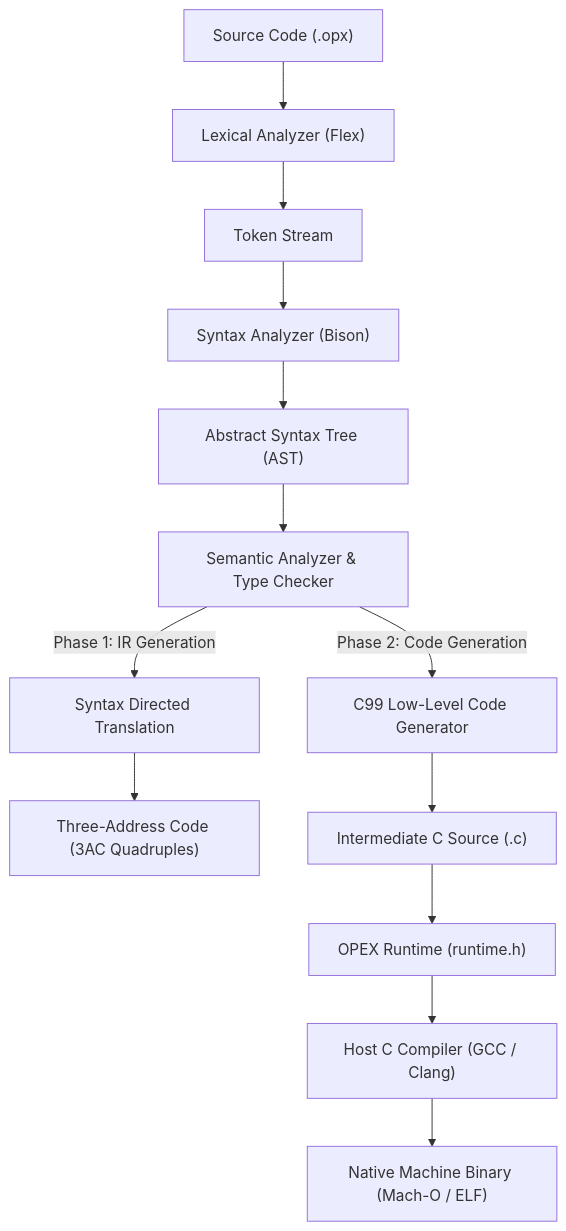
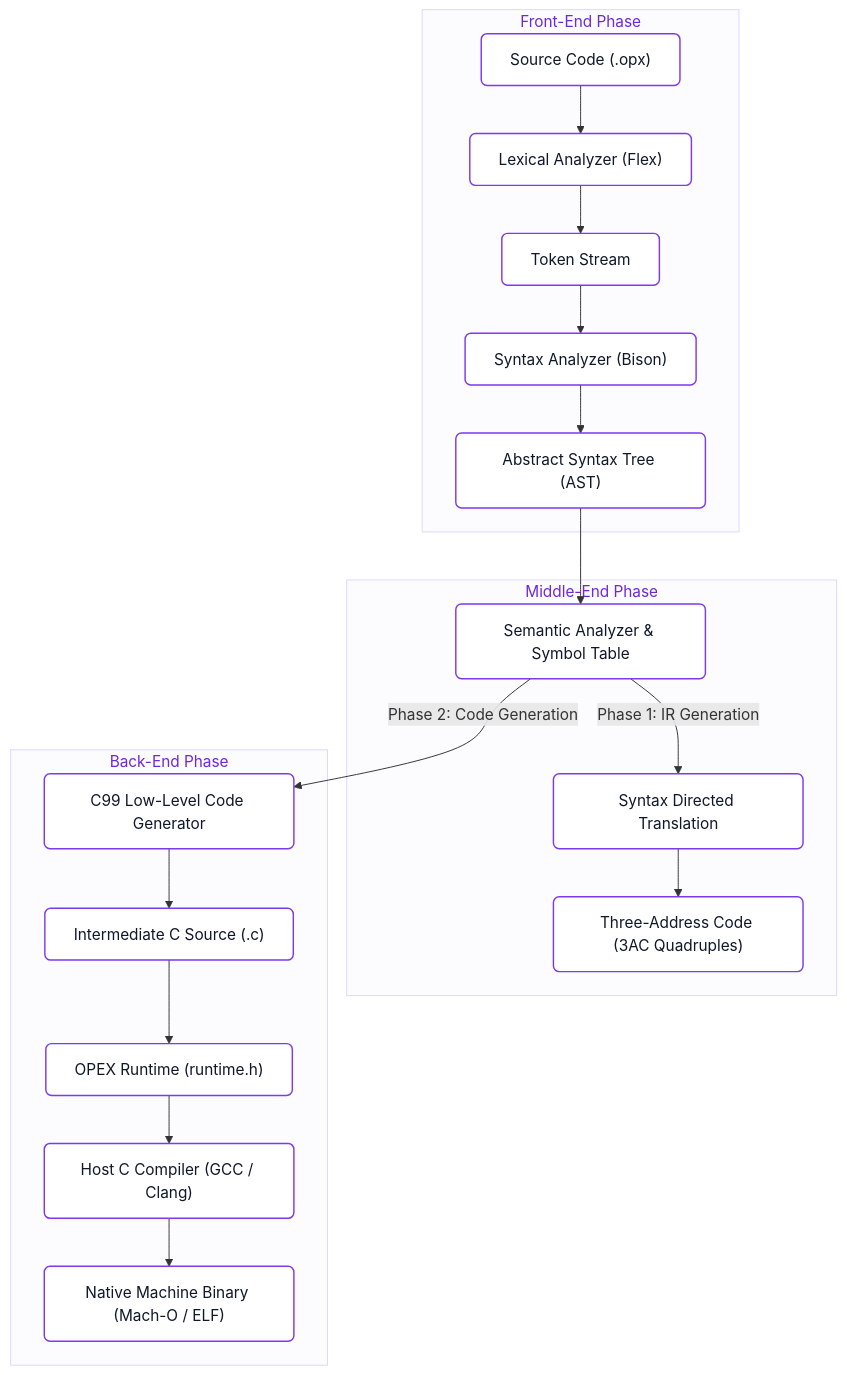
One commit to gaurav-budhwani/OPEX changed the diagram in docs/compiler-internals/pipeline.md. Above: the diagram before and after it, drawn with Mermaid.

Commit message:
docs: align compiler pipeline diagram with multi-phase light purple theme

````diff
--- a/docs/compiler-internals/pipeline.md
+++ b/docs/compiler-internals/pipeline.md
@@ -9,18 +9,28 @@
 ```mermaid
 flowchart TD
-    Src["Source Code (.opx)"] --> Lexer["Lexical Analyzer (Flex)"]
-    Lexer --> Tokens["Token Stream"]
-    Tokens --> Parser["Syntax Analyzer (Bison)"]
-    Parser --> AST["Abstract Syntax Tree (AST)"]
+    subgraph FrontEnd ["Front-End Phase"]
+        Src["Source Code (.opx)"] --> Lexer["Lexical Analyzer (Flex)"]
+        Lexer --> Tokens["Token Stream"]
+        Tokens --> Parser["Syntax Analyzer (Bison)"]
+        Parser --> AST["Abstract Syntax Tree (AST)"]
+    end
     
-    AST --> Semantic["Semantic Analyzer & Type Checker"]
+    subgraph MiddleEnd ["Middle-End Phase"]
+        AST --> Semantic["Semantic Analyzer & Symbol Table"]
+        Semantic -->|"Phase 1: IR Generation"| SDT["Syntax Directed Translation"]
+        SDT --> IR["Three-Address Code (3AC Quadruples)"]
+    end
     
-    Semantic -->|"Phase 1: IR Generation"| SDT["Syntax Directed Translation"]
-    SDT --> IR["Three-Address Code (3AC Quadruples)"]
-    
-    Semantic -->|"Phase 2: Code Generation"| Lowering["C99 Low-Level Code Generator"]
-    Lowering --> CSource["Intermediate C Source (.c)"]
-    CSource --> Runtime["OPEX Runtime (runtime.h)"]
-    Runtime --> HostCC["Host C Compiler (GCC / Clang)"]
-    HostCC --> Binary["Native Machine Binary (Mach-O / ELF)"]
+    subgraph BackEnd ["Back-End Phase"]
+        Semantic -->|"Phase 2: Code Generation"| Lowering["C99 Low-Level Code Generator"]
+        Lowering --> CSource["Intermediate C Source (.c)"]
+        CSource --> Runtime["OPEX Runtime (runtime.h)"]
+        Runtime --> HostCC["Host C Compiler (GCC / Clang)"]
+        HostCC --> Binary["Native Machine Binary (Mach-O / ELF)"]
+    end
+
+    classDef stage fill:#ffffff,stroke:#7c3aed,stroke-width:1.5px,color:#0f172a,rx:6px,ry:6px;
+    classDef sub fill:#fcfbfe,stroke:#ddd6fe,stroke-width:1px,color:#6d28d9;
+    class Src,Lexer,Tokens,Parser,AST,Semantic,SDT,IR,Lowering,CSource,Runtime,HostCC,Binary stage;
+    class FrontEnd,MiddleEnd,BackEnd sub;
 ```
````
